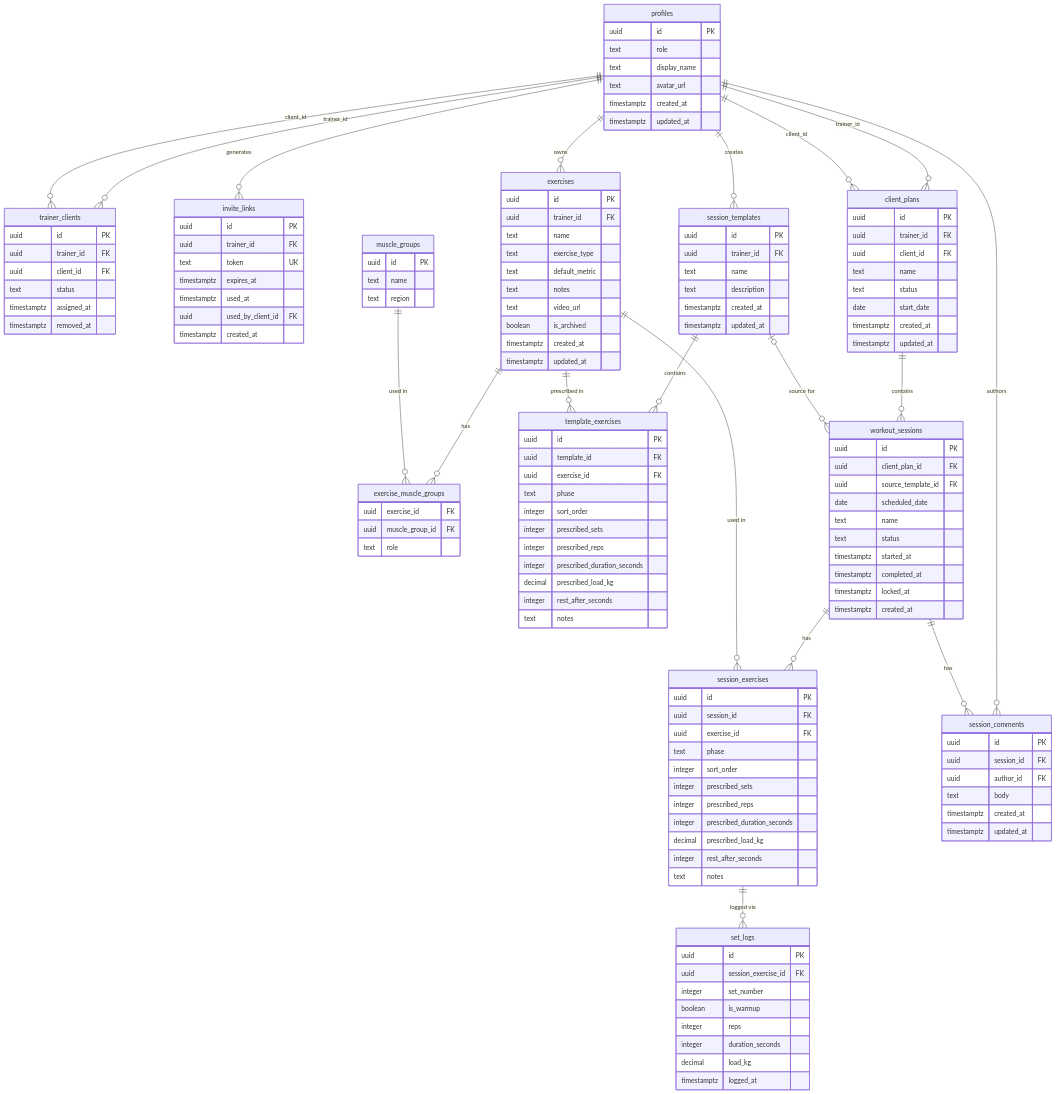
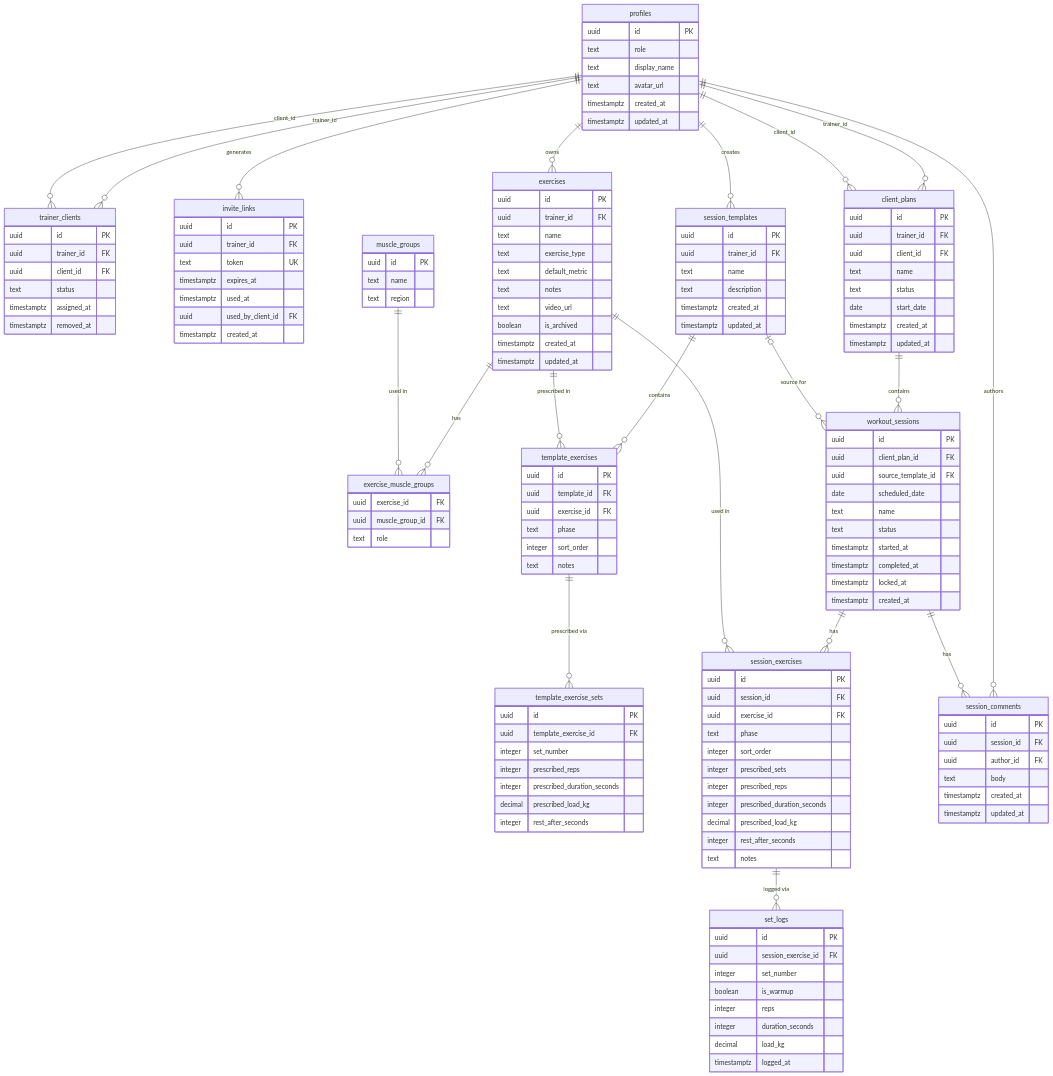
The diagram in docs/ERD.md (ZawilecxD/trAInR), drawn with Mermaid before and after one commit. The commit also changed other lines of this file and 6 other files, not shown here.

```diff
--- a/docs/ERD.md
+++ b/docs/ERD.md
@@ -87,12 +87,17 @@
         uuid exercise_id FK
         text phase
         integer sort_order
-        integer prescribed_sets
+        text notes
+    }
+
+    template_exercise_sets {
+        uuid id PK
+        uuid template_exercise_id FK
+        integer set_number
         integer prescribed_reps
         integer prescribed_duration_seconds
         decimal prescribed_load_kg
         integer rest_after_seconds
-        text notes
     }
 
     client_plans {
@@ -167,6 +172,7 @@
 
     session_templates ||--o{ template_exercises : "contains"
     exercises ||--o{ template_exercises : "prescribed in"
+    template_exercises ||--o{ template_exercise_sets : "prescribed via"
 
     client_plans ||--o{ workout_sessions : "contains"
     session_templates |o--o{ workout_sessions : "source for"
```
